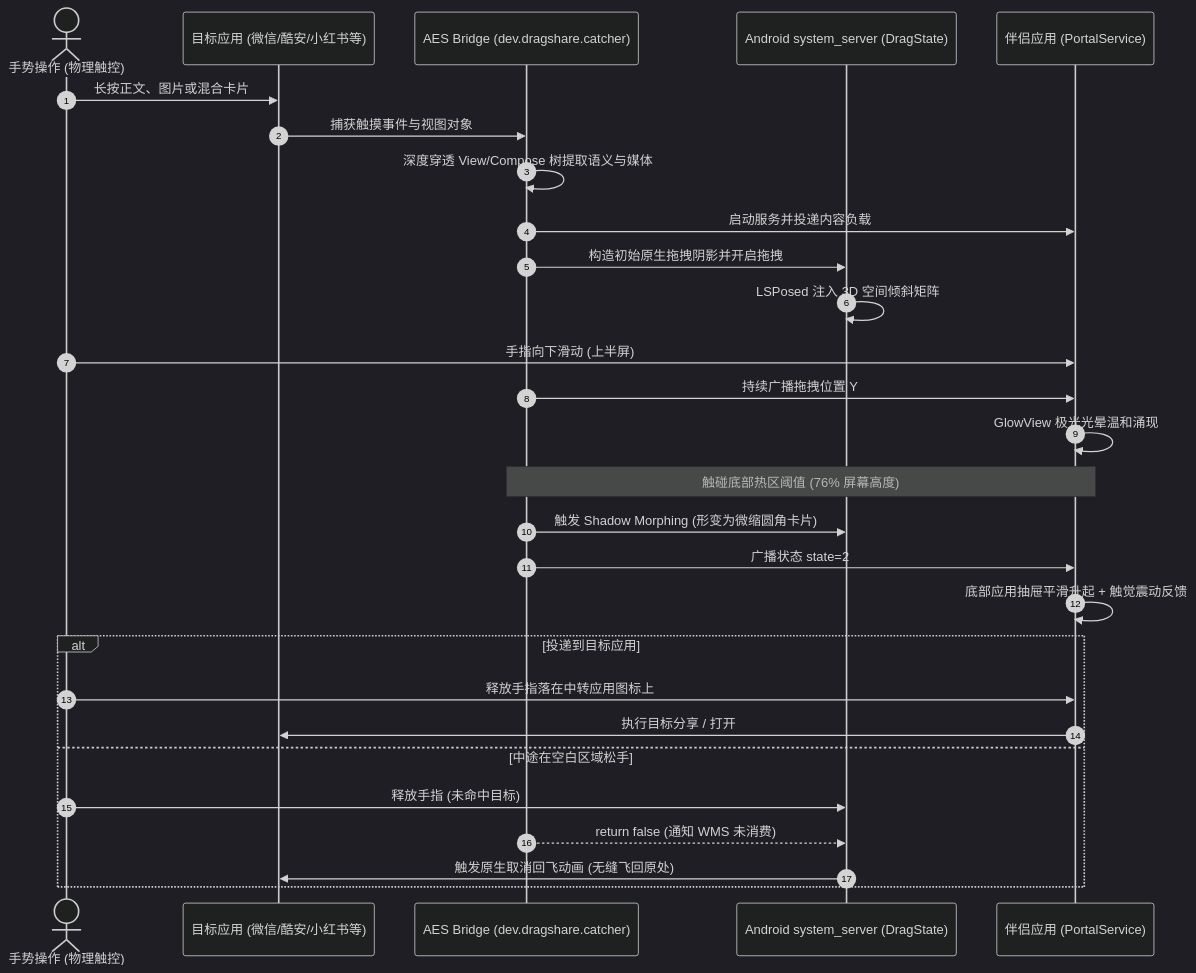
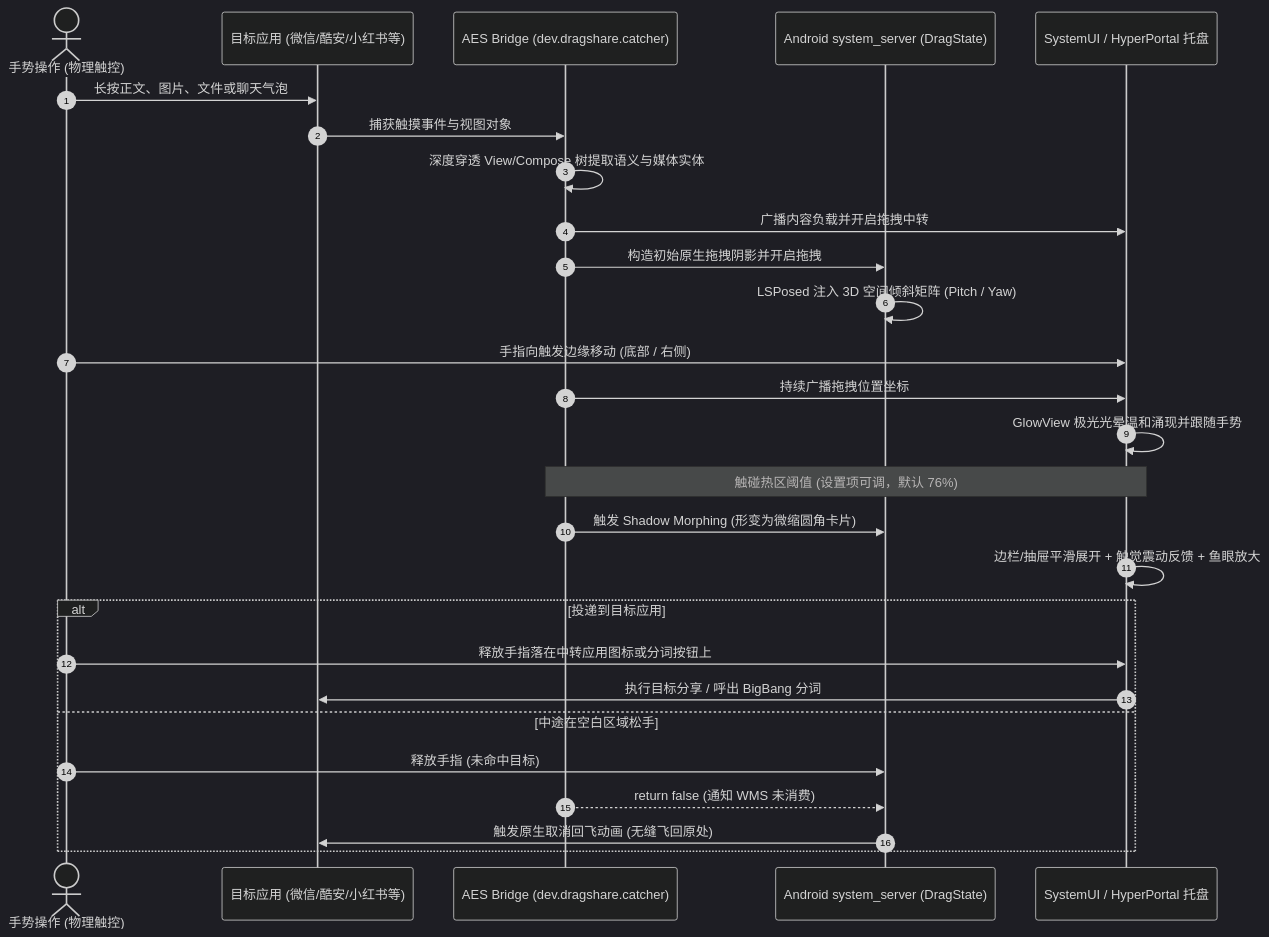
Before and after one commit to Leaf-lsgtky/HyperPortal: the diagram in README_CN.md, drawn with Mermaid (dark theme). The commit also changed other lines of this file and 1 other file, not shown here.

Commit message:
docs: update documentation to reflect HyperPortal architecture and features

````diff
--- a/README_CN.md
+++ b/README_CN.md
@@ -25,31 +28,30 @@
 ```mermaid
 sequenceDiagram
     autonumber
     actor 用户 as 手势操作 (物理触控)
     participant App as 目标应用 (微信/酷安/小红书等)
     participant AES as AES Bridge (dev.dragshare.catcher)
     participant WMS as Android system_server (DragState)
-    participant Portal as 伴侣应用 (PortalService)
+    participant Dock as SystemUI / HyperPortal 托盘
 
-    用户->>App: 长按正文、图片或混合卡片
+    用户->>App: 长按正文、图片、文件或聊天气泡
     App->>AES: 捕获触摸事件与视图对象
-    AES->>AES: 深度穿透 View/Compose 树提取语义与媒体
-    AES->>Portal: 启动服务并投递内容负载
+    AES->>AES: 深度穿透 View/Compose 树提取语义与媒体实体
+    AES->>Dock: 广播内容负载并开启拖拽中转
     AES->>WMS: 构造初始原生拖拽阴影并开启拖拽
-    WMS->>WMS: LSPosed 注入 3D 空间倾斜矩阵
-    用户->>Portal: 手指向下滑动 (上半屏)
-    AES->>Portal: 持续广播拖拽位置 Y
-    Portal->>Portal: GlowView 极光光晕温和涌现
-    Note over AES,Portal: 触碰底部热区阈值 (76% 屏幕高度)
+    WMS->>WMS: LSPosed 注入 3D 空间倾斜矩阵 (Pitch / Yaw)
+    用户->>Dock: 手指向触发边缘移动 (底部 / 右侧)
+    AES->>Dock: 持续广播拖拽位置坐标
+    Dock->>Dock: GlowView 极光光晕温和涌现并跟随手势
+    Note over AES,Dock: 触碰热区阈值 (设置项可调，默认 76%)
     AES->>WMS: 触发 Shadow Morphing (形变为微缩圆角卡片)
-    AES->>Portal: 广播状态 state=2
-    Portal->>Portal: 底部应用抽屉平滑升起 + 触觉震动反馈
+    Dock->>Dock: 边栏/抽屉平滑展开 + 触觉震动反馈 + 鱼眼放大
     alt 投递到目标应用
-        用户->>Portal: 释放手指落在中转应用图标上
-        Portal->>App: 执行目标分享 / 打开
+        用户->>Dock: 释放手指落在中转应用图标或分词按钮上
+        Dock->>App: 执行目标分享 / 呼出 BigBang 分词
     else 中途在空白区域松手
         用户->>WMS: 释放手指 (未命中目标)
         AES-->>WMS: return false (通知 WMS 未消费)
         WMS->>App: 触发原生取消回飞动画 (无缝飞回原处)
     end
 ```
````
